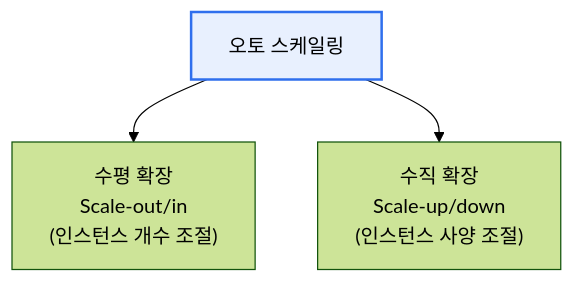
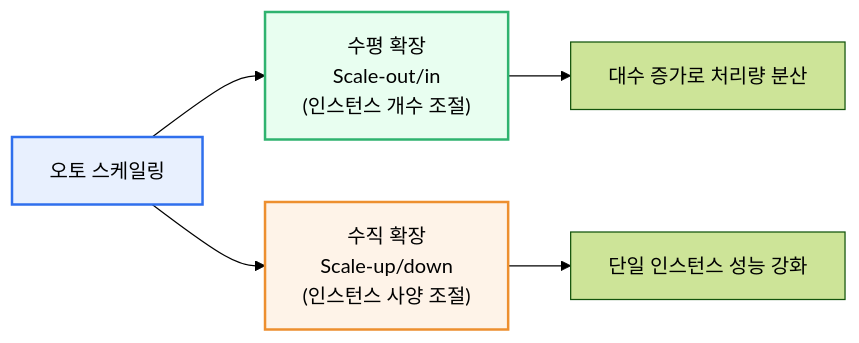
Before and after one commit to coninggu/wjdqhrhksflrltnftk: the second of 2 diagrams in content/auto-scaling.md, drawn with Mermaid (forest theme). The commit also changed other lines of this file and 3 other files, not shown here.

````diff
--- a/content/auto-scaling.md
+++ b/content/auto-scaling.md
@@ -12,6 +55,10 @@
 ```mermaid
-flowchart TB
+flowchart LR
   A[오토 스케일링] --> H["수평 확장<br/>Scale-out/in<br/>(인스턴스 개수 조절)"]
   A --> V["수직 확장<br/>Scale-up/down<br/>(인스턴스 사양 조절)"]
+  H --> H1[대수 증가로 처리량 분산]
+  V --> V1[단일 인스턴스 성능 강화]
   style A fill:#e8f0fe,stroke:#2f6fed,stroke-width:2px
+  style H fill:#e8fef0,stroke:#2fb36f,stroke-width:2px
+  style V fill:#fef3e8,stroke:#ed8f2f,stroke-width:2px
 ```
````
